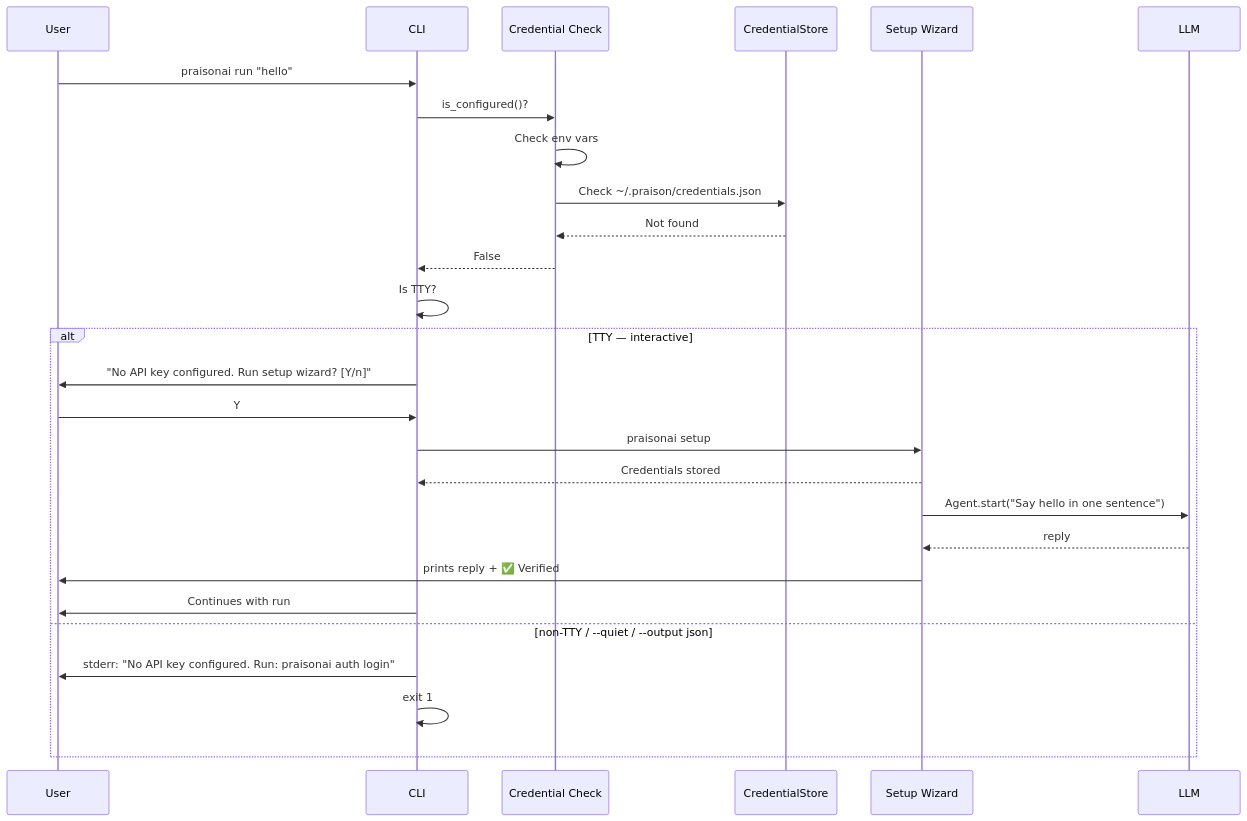
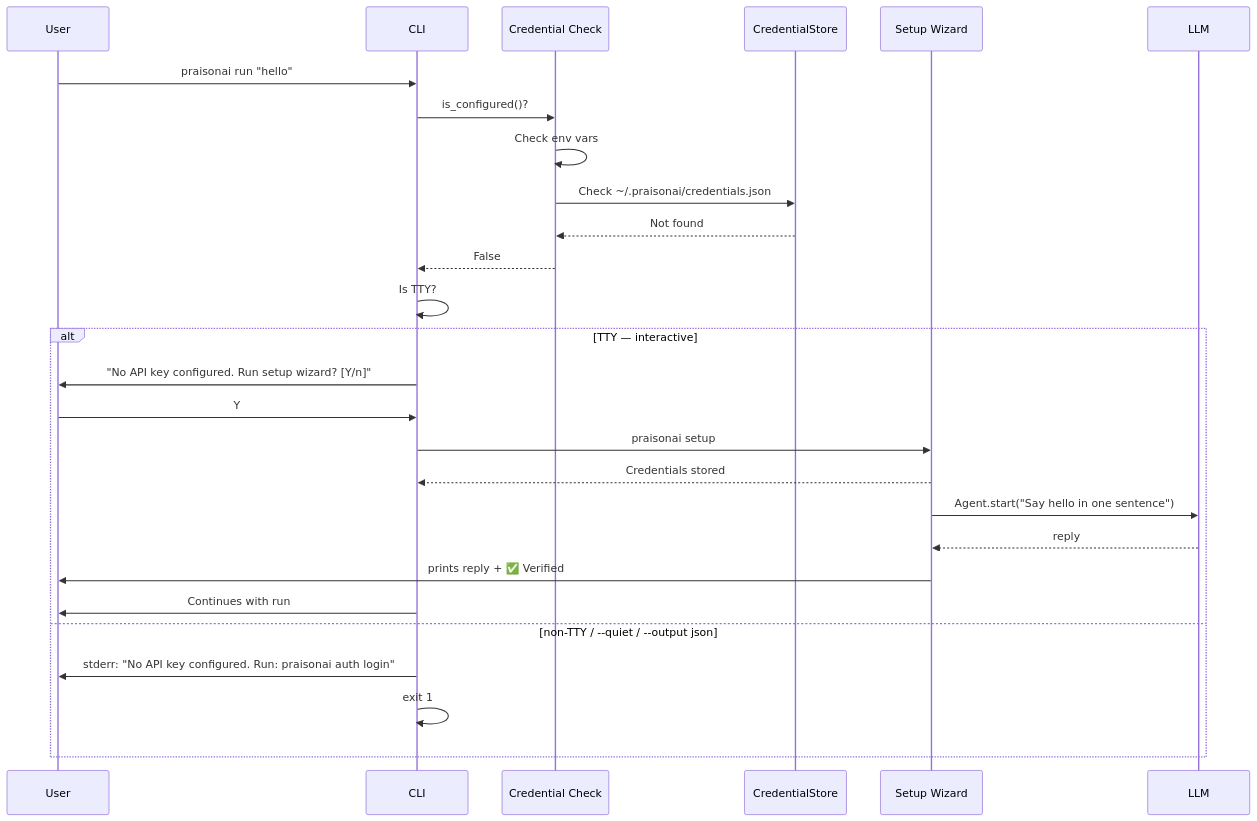
Before and after one commit to MervinPraison/PraisonAIDocs: the second of 2 diagrams in docs/features/first-run-onboarding.mdx, drawn with Mermaid. The commit also changed other lines of this file and 3 other files, not shown here.

Commit message:
docs: update credential store to canonical ~/.praisonai/credentials.json (fixes #1660)

````diff
--- a/docs/features/first-run-onboarding.mdx
+++ b/docs/features/first-run-onboarding.mdx
@@ -159,30 +159,30 @@
 ```mermaid
 sequenceDiagram
     participant User
     participant CLI
     participant CredCheck as Credential Check
     participant Store as CredentialStore
     participant Wizard as Setup Wizard
     participant LLM
 
     User->>CLI: praisonai run "hello"
     CLI->>CredCheck: is_configured()?
     CredCheck->>CredCheck: Check env vars
-    CredCheck->>Store: Check ~/.praison/credentials.json
+    CredCheck->>Store: Check ~/.praisonai/credentials.json
     Store-->>CredCheck: Not found
     CredCheck-->>CLI: False
     CLI->>CLI: Is TTY?
     alt TTY — interactive
         CLI->>User: "No API key configured. Run setup wizard? [Y/n]"
         User->>CLI: Y
         CLI->>Wizard: praisonai setup
         Wizard-->>CLI: Credentials stored
         Wizard->>LLM: Agent.start("Say hello in one sentence")
         LLM-->>Wizard: reply
         Wizard->>User: prints reply + ✅ Verified
         CLI->>User: Continues with run
     else non-TTY / --quiet / --output json
         CLI->>User: stderr: "No API key configured. Run: praisonai auth login"
         CLI->>CLI: exit 1
     end
 ```
````
